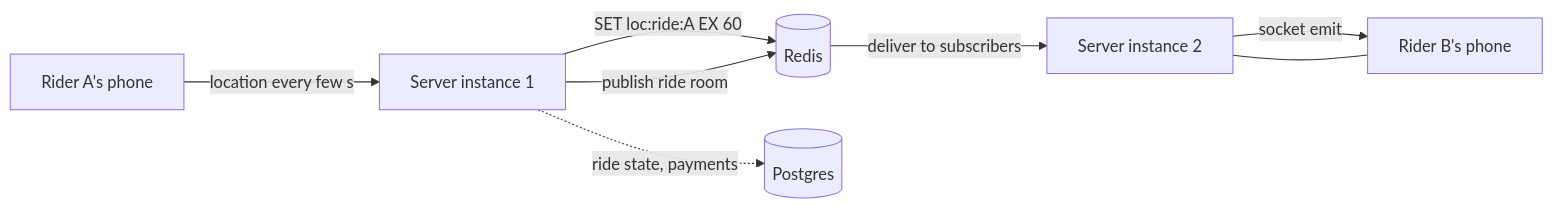
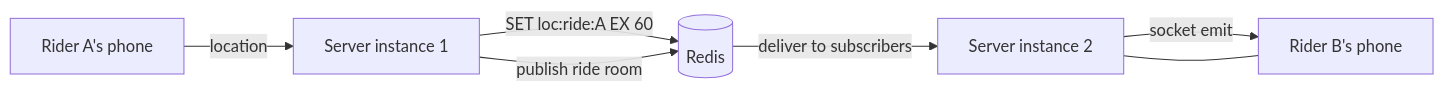
Before and after one commit to yatinsingh2007/HopShare: diagram 11 of 15 in README.md, drawn with Mermaid. The commit also changed other lines of this file, not shown here.

Commit message:
docs: one server with live state in memory, Redis only when scaling

````diff
--- a/README.md
+++ b/README.md
@@ -401,10 +421,9 @@
 ```mermaid
 flowchart LR
-    A[Rider A's phone] -- location every few s --> S1[Server instance 1]
+    A[Rider A's phone] -- location --> S1[Server instance 1]
     B[Rider B's phone] --- S2[Server instance 2]
     S1 -- SET loc:ride:A EX 60 --> R[(Redis)]
     S1 -- publish ride room --> R
     R -- deliver to subscribers --> S2
     S2 -- socket emit --> B
-    S1 -. ride state, payments .-> PG[(Postgres)]
 ```
````
